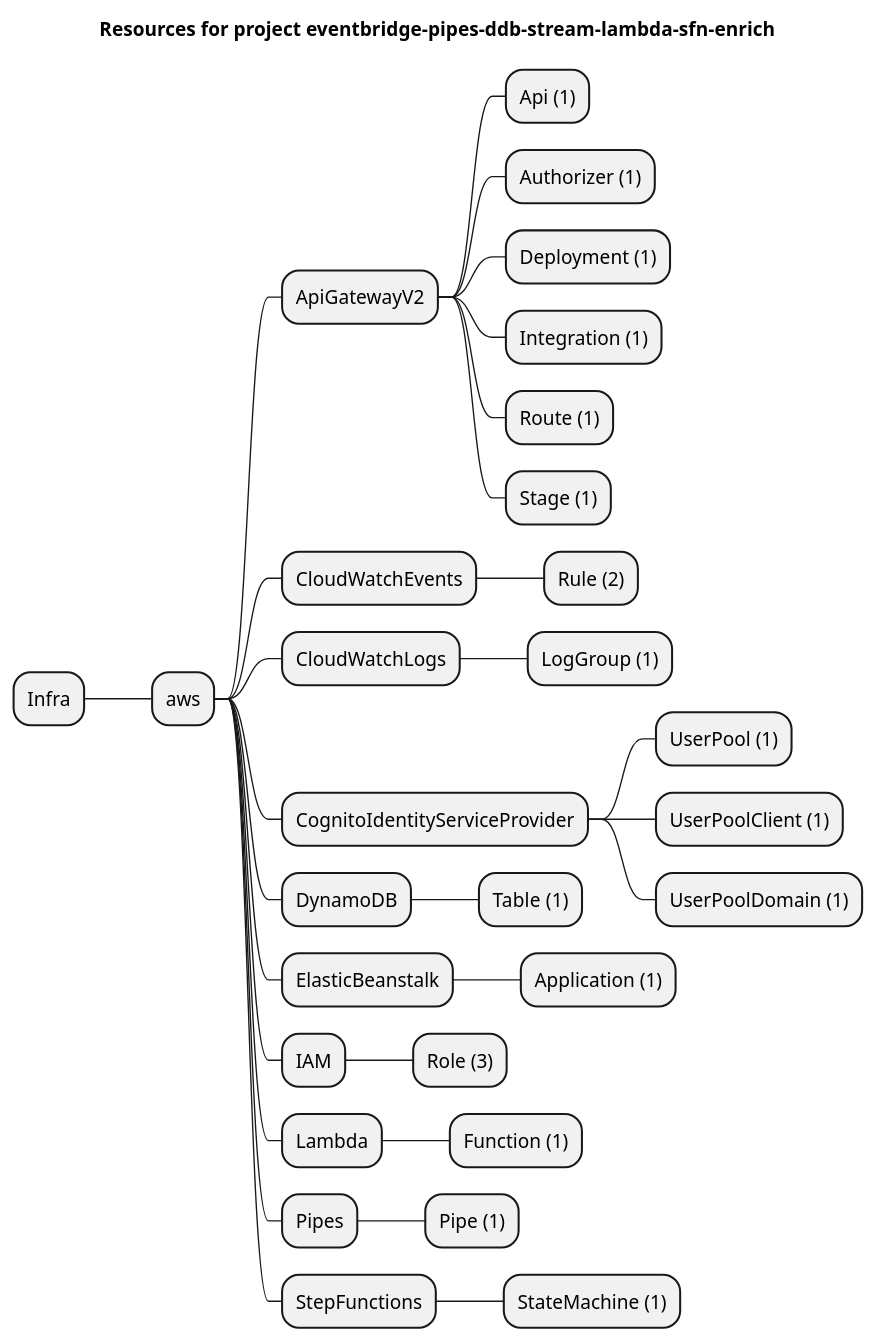
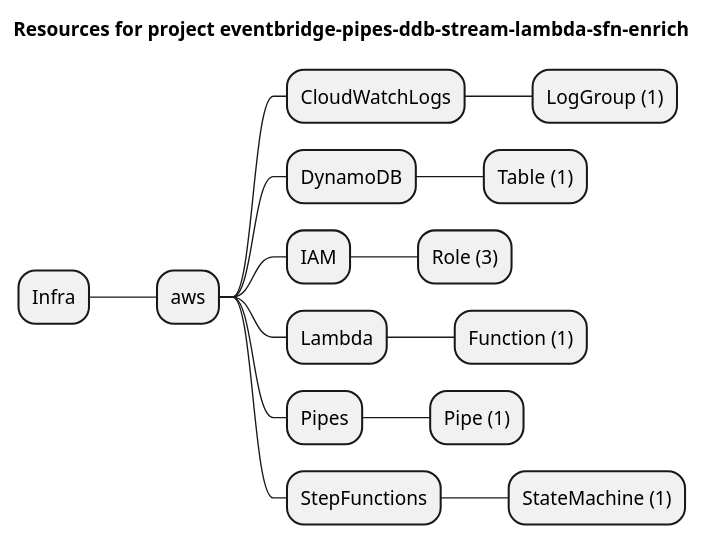
The diagram in examples/aws/Pipes/eventbridge-pipes-ddb-stream-lambda-sfn-enrich/artifacts/resources-mindmap.puml (grucloud/grucloud), drawn with PlantUML before and after one commit. The commit also changed 119 other files, not shown here.

```diff
--- a/examples/aws/Pipes/eventbridge-pipes-ddb-stream-lambda-sfn-enrich/artifacts/resources-mindmap.puml
+++ b/examples/aws/Pipes/eventbridge-pipes-ddb-stream-lambda-sfn-enrich/artifacts/resources-mindmap.puml
@@ -1,33 +1,18 @@
 @startmindmap
 title Resources for project eventbridge-pipes-ddb-stream-lambda-sfn-enrich
 skinparam monochrome true
 + Infra
 ++ aws
-+++ ApiGatewayV2
-++++ Api (1)
-++++ Authorizer (1)
-++++ Deployment (1)
-++++ Integration (1)
-++++ Route (1)
-++++ Stage (1)
-+++ CloudWatchEvents
-++++ Rule (2)
 +++ CloudWatchLogs
 ++++ LogGroup (1)
-+++ CognitoIdentityServiceProvider
-++++ UserPool (1)
-++++ UserPoolClient (1)
-++++ UserPoolDomain (1)
 +++ DynamoDB
 ++++ Table (1)
-+++ ElasticBeanstalk
-++++ Application (1)
 +++ IAM
 ++++ Role (3)
 +++ Lambda
 ++++ Function (1)
 +++ Pipes
 ++++ Pipe (1)
 +++ StepFunctions
 ++++ StateMachine (1)
 @endmindmap
```
